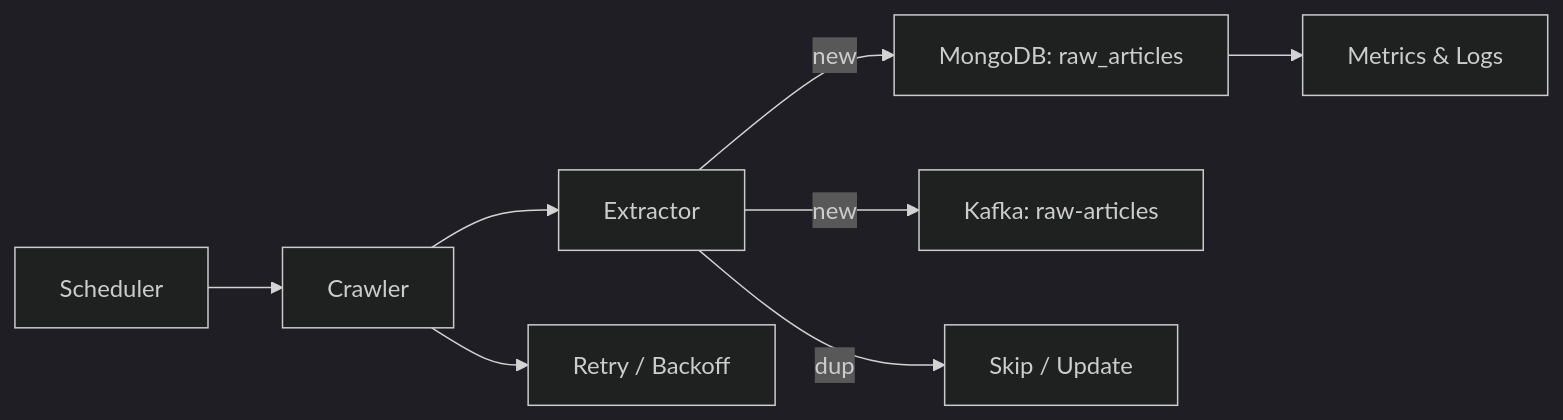
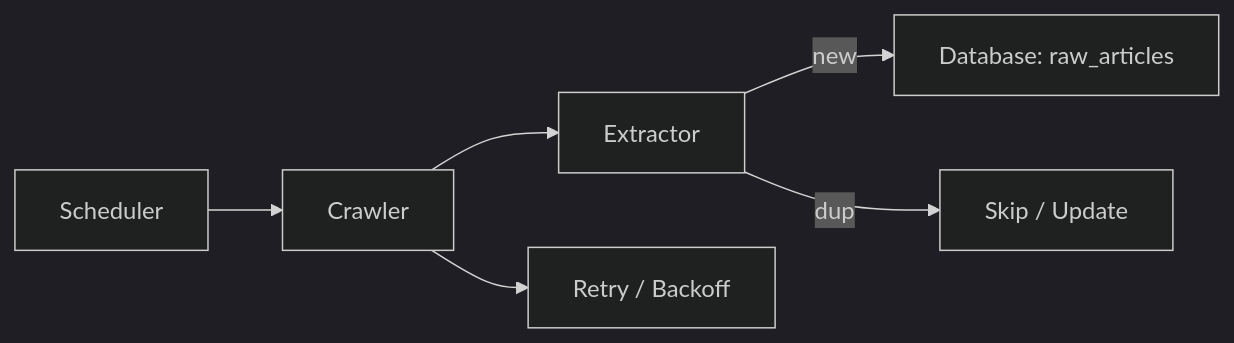
Before and after one commit to HCMUS-Software-Architecture/Back-end: the first of 7 diagrams in doc/Features.md, drawn with Mermaid (dark theme). The commit also changed other lines of this file and 6 other files, not shown here.

Commit message:
Restructure documentation with evolutionary architecture and separate operations guide

````diff
--- a/doc/Features.md
+++ b/doc/Features.md
@@ -76,10 +44,8 @@
 ```mermaid
 flowchart LR
   S[Scheduler] --> CR[Crawler]
   CR --> EX[Extractor]
-  EX -->|new| M[MongoDB: raw_articles]
-  EX -->|new| K[Kafka: raw-articles]
+  EX -->|new| M[Database: raw_articles]
   EX -->|dup| Skip[Skip / Update]
   CR --> Retry[Retry / Backoff]
-  M --> Metrics[Metrics & Logs]
 ```
````
